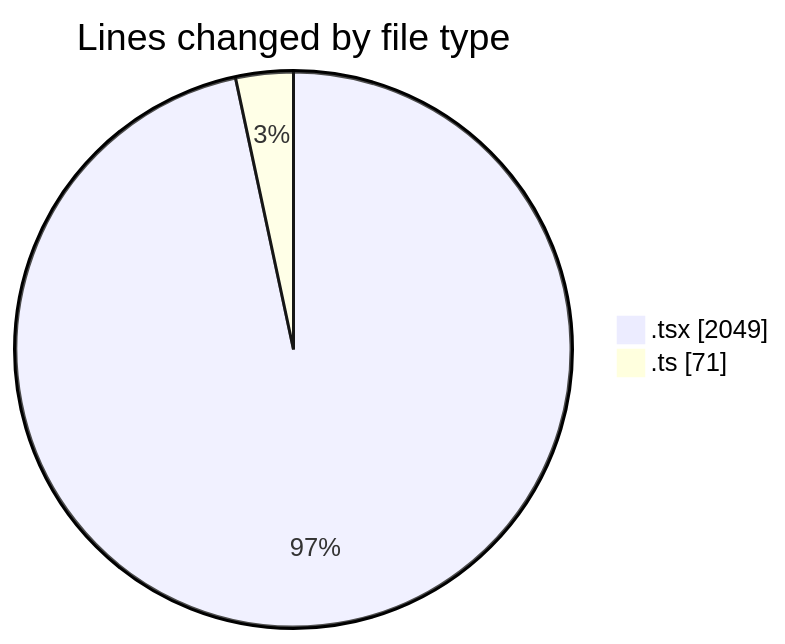
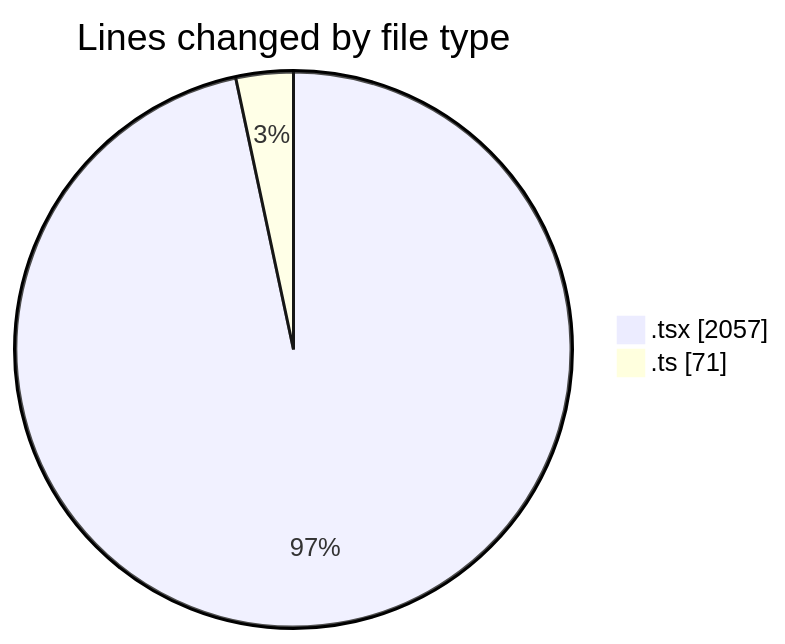
The first of 2 diagrams in 2025-02-11/cda/README.md (momahboobian/code-tracking), drawn with Mermaid before and after one commit. The commit also changed other lines of this file and 1 other file, not shown here.

````diff
--- a/2025-02-11/cda/README.md
+++ b/2025-02-11/cda/README.md
@@ -23,6 +23,6 @@
 ```mermaid
 pie showData
 title Lines changed by file type
-".tsx" : 2049
+".tsx" : 2057
 ".ts" : 71
 ```
````
